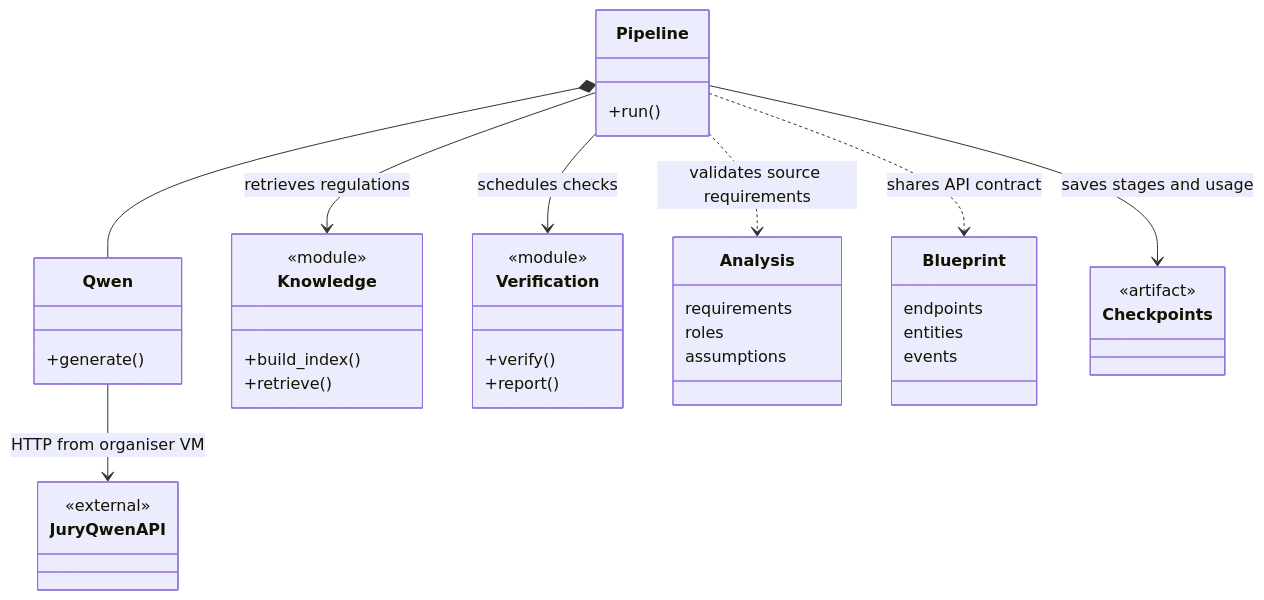
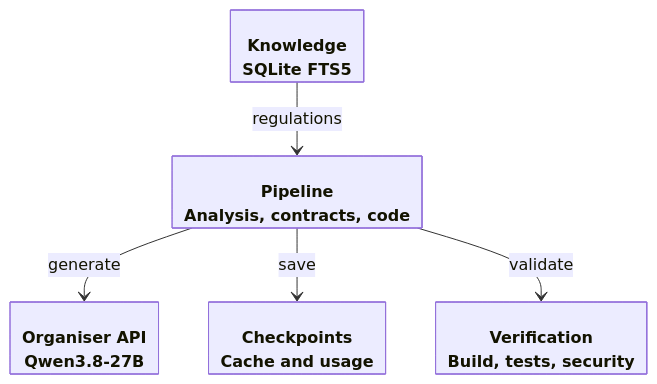
One commit to pymlex/rwb-app-generator changed the first of 2 diagrams in README.md. Above: the diagram before and after it, drawn with Mermaid. The commit also changed other lines of this file, not shown here.

Commit message:
docs: compact UML architecture into branching layouts

````diff
--- a/README.md
+++ b/README.md
@@ -11,43 +11,14 @@
 ```mermaid
+%%{init: {'class': {'hideEmptyMembersBox': true}}}%%
 classDiagram
     direction TB
-    class Pipeline {
-        +run()
-    }
-    class Qwen {
-        +generate()
-    }
-    class Knowledge {
-        <<module>>
-        +build_index()
-        +retrieve()
-    }
-    class Verification {
-        <<module>>
-        +verify()
-        +report()
-    }
-    class Analysis {
-        requirements
-        roles
-        assumptions
-    }
-    class Blueprint {
-        endpoints
-        entities
-        events
-    }
-    class Checkpoints {
-        <<artifact>>
-    }
-    class JuryQwenAPI {
-        <<external>>
-    }
-    Pipeline *-- Qwen
-    Pipeline --> Knowledge : retrieves regulations
-    Pipeline ..> Analysis : validates source requirements
-    Pipeline ..> Blueprint : shares API contract
-    Pipeline --> Checkpoints : saves stages and usage
-    Pipeline --> Verification : schedules checks
-    Qwen --> JuryQwenAPI : HTTP from organiser VM
+    class Knowledge["Knowledge<br/>SQLite FTS5"]
+    class Pipeline["Pipeline<br/>Analysis, contracts, code"]
+    class Qwen["Organiser API<br/>Qwen3.8-27B"]
+    class Checkpoints["Checkpoints<br/>Cache and usage"]
+    class Verification["Verification<br/>Build, tests, security"]
+    Knowledge --> Pipeline : regulations
+    Pipeline --> Qwen : generate
+    Pipeline --> Checkpoints : save
+    Pipeline --> Verification : validate
 ```
````
